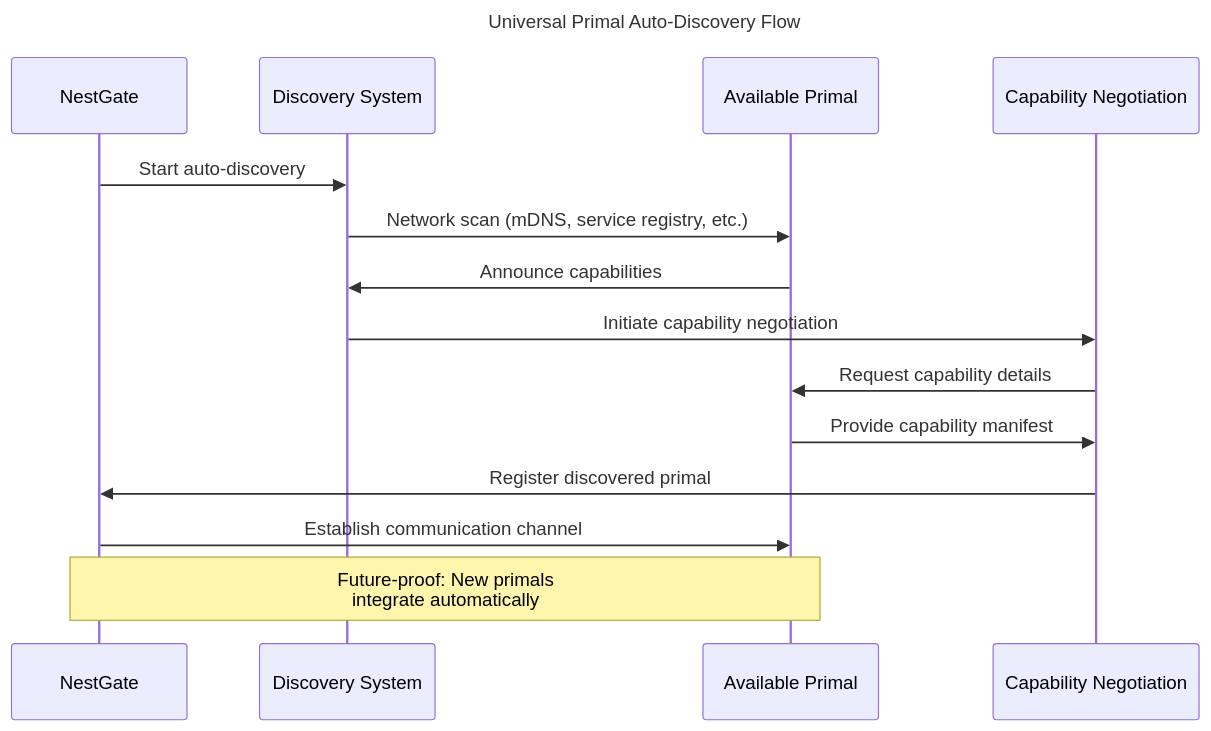
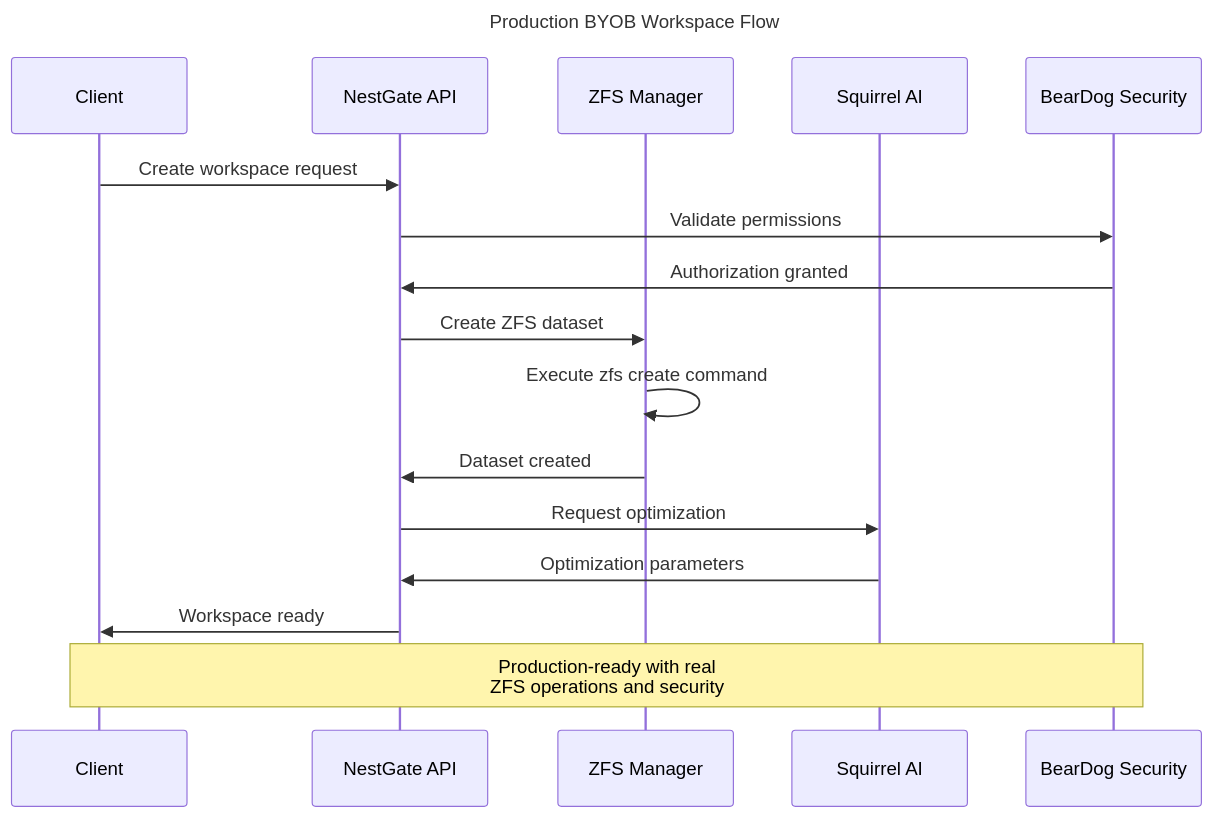
Before and after one commit to ecoPrimals/nestGate: the second of 3 diagrams in specs/ARCHITECTURE_OVERVIEW.md, drawn with Mermaid. The commit also changed other lines of this file and 139 other files, not shown here.

````diff
--- a/specs/ARCHITECTURE_OVERVIEW.md
+++ b/specs/ARCHITECTURE_OVERVIEW.md
@@ -120,21 +155,23 @@
 ```mermaid
 ---
-title: Universal Primal Auto-Discovery Flow
+title: Production BYOB Workspace Flow
 ---
 sequenceDiagram
-    participant N as NestGate
-    participant D as Discovery System
-    participant P as Available Primal
-    participant C as Capability Negotiation
+    participant C as Client
+    participant API as NestGate API
+    participant ZFS as ZFS Manager
+    participant AI as Squirrel AI
+    participant SEC as BearDog Security
 
-    N->>D: Start auto-discovery
-    D->>P: Network scan (mDNS, service registry, etc.)
-    P->>D: Announce capabilities
-    D->>C: Initiate capability negotiation
-    C->>P: Request capability details
-    P->>C: Provide capability manifest
-    C->>N: Register discovered primal
-    N->>P: Establish communication channel
+    C->>API: Create workspace request
+    API->>SEC: Validate permissions
+    SEC->>API: Authorization granted
+    API->>ZFS: Create ZFS dataset
+    ZFS->>ZFS: Execute zfs create command
+    ZFS->>API: Dataset created
+    API->>AI: Request optimization
+    AI->>API: Optimization parameters
+    API->>C: Workspace ready
 
-    Note over N,P: Future-proof: New primals<br/>integrate automatically
+    Note over C,SEC: Production-ready with real<br/>ZFS operations and security
 ```
````
